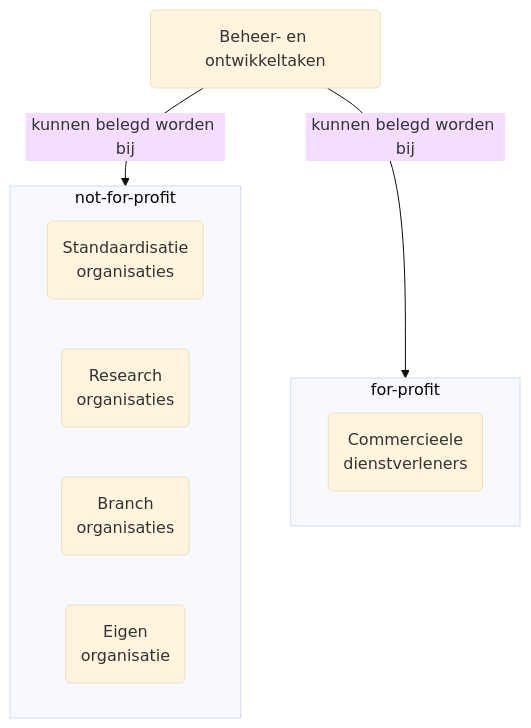
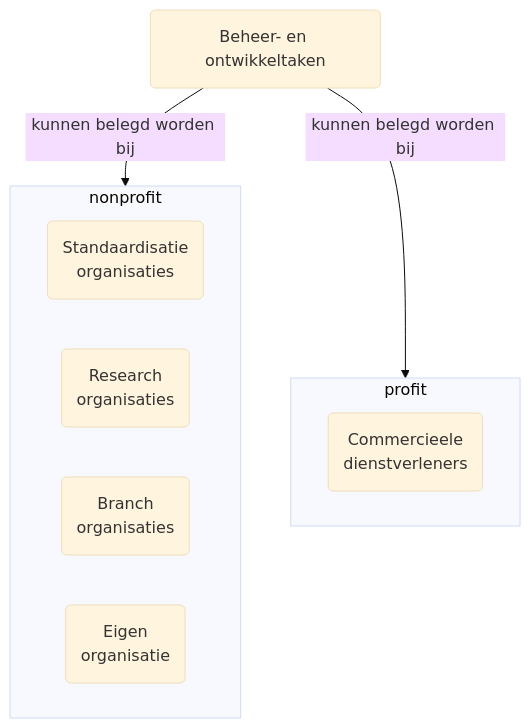
The second of 2 diagrams in ch01_Strategie.md (Logius-standaarden/BOMOS-Verdieping), drawn with Mermaid (base theme) before and after one commit.

Commit message:
Update ch01_Strategie.md
graph gaf foutmelding

````diff
--- a/ch01_Strategie.md
+++ b/ch01_Strategie.md
@@ -237,15 +237,15 @@
 ```mermaid
-graph TD;
+graph TB;
   beheer(Beheer- en ontwikkeltaken);
-  subgraph not-for-profit;
+  subgraph nonprofit;
     standaard(Standaardisatie<br>organisaties);
     research(Research<br>organisaties);
     branch(Branch<br>organisaties);
     eigen(Eigen<br>organisatie);
   end;
-  subgraph for-profit;
+  subgraph profit;
     commercieel(Commercieele<br>dienstverleners);
   end;
-  beheer-- kunnen belegd worden bij -->not-for-profit;
-  beheer-- kunnen belegd worden bij -->for-profit;
+  beheer-- kunnen belegd worden bij -->nonprofit;
+  beheer-- kunnen belegd worden bij -->profit;
 ```
````
